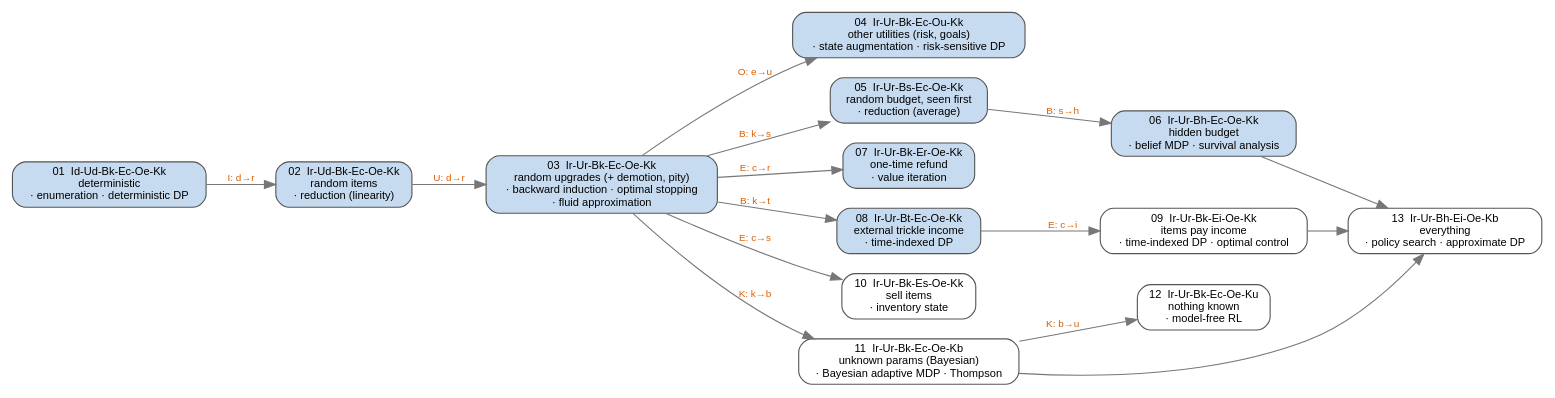
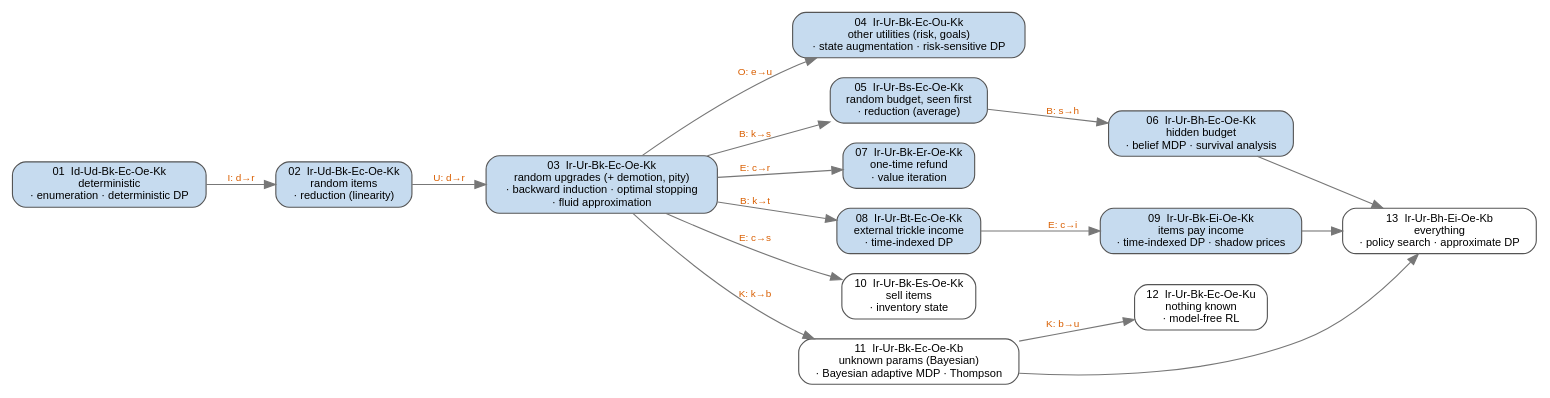
Before and after one commit to ssarkar2/notes: the diagram in probability/sequential_decision_making_under_uncertainty/figures/ladder_map.dot, drawn with Graphviz. The commit also changed 6 other files, not shown here.

First line of the commit message:
Add problem 09 (items pay income): time-indexed DP on (t, b, n, L), shadow prices

```diff
--- a/probability/sequential_decision_making_under_uncertainty/figures/ladder_map.dot
+++ b/probability/sequential_decision_making_under_uncertainty/figures/ladder_map.dot
@@ -1,36 +1,36 @@
 // Ladder of problems: each edge = one axis loosened. Filled = built, white = planned.
 // Build: ./build.sh
 digraph ladder {
   rankdir=LR;
   graph [fontname="Helvetica", fontsize=11, nodesep=0.25, ranksep=0.5, bgcolor="white"];
   node  [shape=box, style="rounded,filled", fontname="Helvetica", fontsize=10, fillcolor="white", color="#555555"];
   edge  [fontname="Helvetica", fontsize=9, color="#777777", fontcolor="#d95f02"];
 
   // fillcolor "#c6dbef" = built
   p01 [label="01  Id-Ud-Bk-Ec-Oe-Kk\ndeterministic\n· enumeration · deterministic DP", fillcolor="#c6dbef"];
   p02 [label="02  Ir-Ud-Bk-Ec-Oe-Kk\nrandom items\n· reduction (linearity)", fillcolor="#c6dbef"];
   p03 [label="03  Ir-Ur-Bk-Ec-Oe-Kk\nrandom upgrades (+ demotion, pity)\n· backward induction · optimal stopping\n· fluid approximation", fillcolor="#c6dbef"];
   p04 [label="04  Ir-Ur-Bk-Ec-Ou-Kk\nother utilities (risk, goals)\n· state augmentation · risk-sensitive DP", fillcolor="#c6dbef"];
   p05 [label="05  Ir-Ur-Bs-Ec-Oe-Kk\nrandom budget, seen first\n· reduction (average)", fillcolor="#c6dbef"];
   p06 [label="06  Ir-Ur-Bh-Ec-Oe-Kk\nhidden budget\n· belief MDP · survival analysis", fillcolor="#c6dbef"];
   p07 [label="07  Ir-Ur-Bk-Er-Oe-Kk\none-time refund\n· value iteration", fillcolor="#c6dbef"];
   p08 [label="08  Ir-Ur-Bt-Ec-Oe-Kk\nexternal trickle income\n· time-indexed DP", fillcolor="#c6dbef"];
-  p09 [label="09  Ir-Ur-Bk-Ei-Oe-Kk\nitems pay income\n· time-indexed DP · optimal control"];
+  p09 [label="09  Ir-Ur-Bk-Ei-Oe-Kk\nitems pay income\n· time-indexed DP · shadow prices", fillcolor="#c6dbef"];
   p10 [label="10  Ir-Ur-Bk-Es-Oe-Kk\nsell items\n· inventory state"];
   p11 [label="11  Ir-Ur-Bk-Ec-Oe-Kb\nunknown params (Bayesian)\n· Bayesian adaptive MDP · Thompson"];
   p12 [label="12  Ir-Ur-Bk-Ec-Oe-Ku\nnothing known\n· model-free RL"];
   p13 [label="13  Ir-Ur-Bh-Ei-Oe-Kb\neverything\n· policy search · approximate DP"];
 
   p01 -> p02 [label="I: d→r"];
   p02 -> p03 [label="U: d→r"];
   p03 -> p04 [label="O: e→u"];
   p03 -> p05 [label="B: k→s"];
   p05 -> p06 [label="B: s→h"];
   p03 -> p07 [label="E: c→r"];
   p03 -> p08 [label="B: k→t"];
   p08 -> p09 [label="E: c→i"];
   p03 -> p10 [label="E: c→s"];
   p03 -> p11 [label="K: k→b"];
   p11 -> p12 [label="K: b→u"];
   p06 -> p13; p09 -> p13; p11 -> p13;
 }
```
